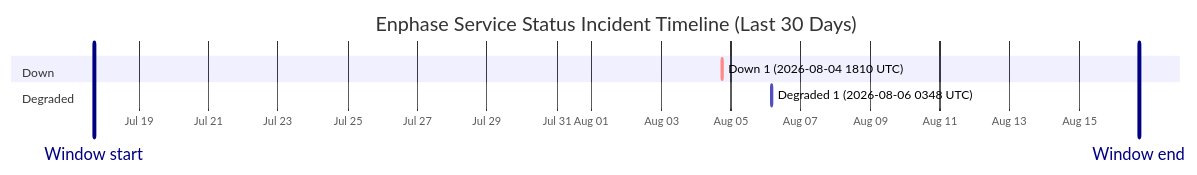
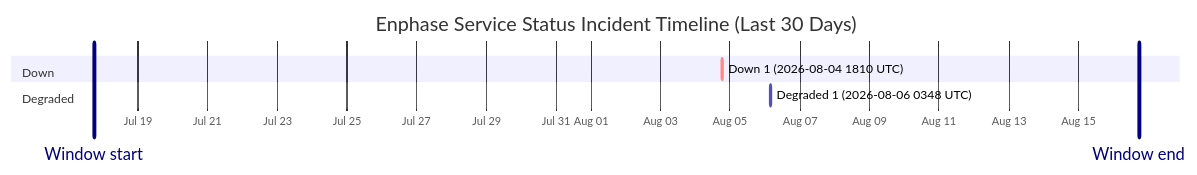
One commit to barneyonline/ha-enphase-energy changed the diagram in wiki/Service-Status-History.md. Above: the diagram before and after it, drawn with Mermaid. The commit also changed other lines of this file and 3 other files, not shown here.

````diff
--- a/wiki/Service-Status-History.md
+++ b/wiki/Service-Status-History.md
@@ -14,12 +14,12 @@
 ```mermaid
 gantt
     title Enphase Service Status Incident Timeline (Last 30 Days)
     dateFormat  YYYY-MM-DDTHH:mm:ss
     axisFormat  %b %d
-    Window start :vert, window-start, 2026-07-17T17:17:08, 0ms
-    Window end :vert, window-end, 2026-08-16T17:17:08, 0ms
+    Window start :vert, window-start, 2026-07-17T17:43:47, 0ms
+    Window end :vert, window-end, 2026-08-16T17:43:47, 0ms
     section Down
     Down 1 (2026-08-04 1810 UTC) :crit, down-1, 2026-08-04T18:10:46, 60m
     section Degraded
     Degraded 1 (2026-08-06 0348 UTC) :active, degraded-1, 2026-08-06T03:48:14, 60m
 ```
````
